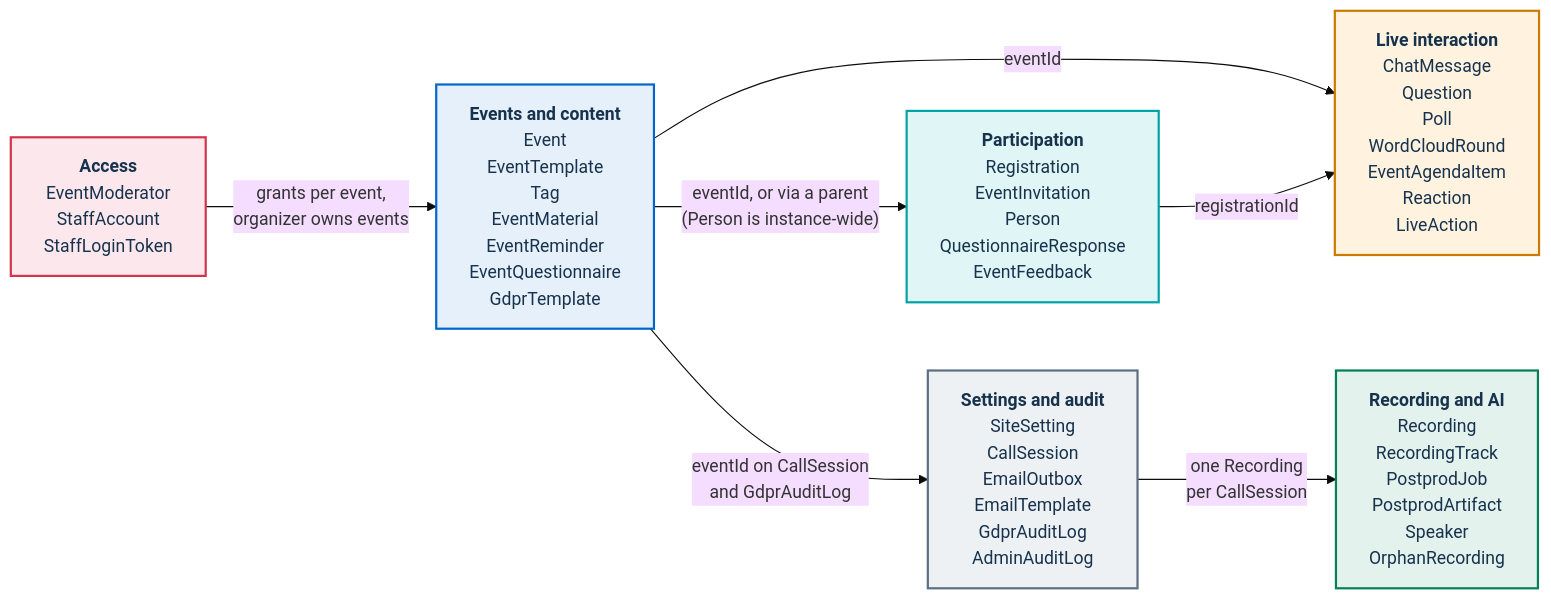
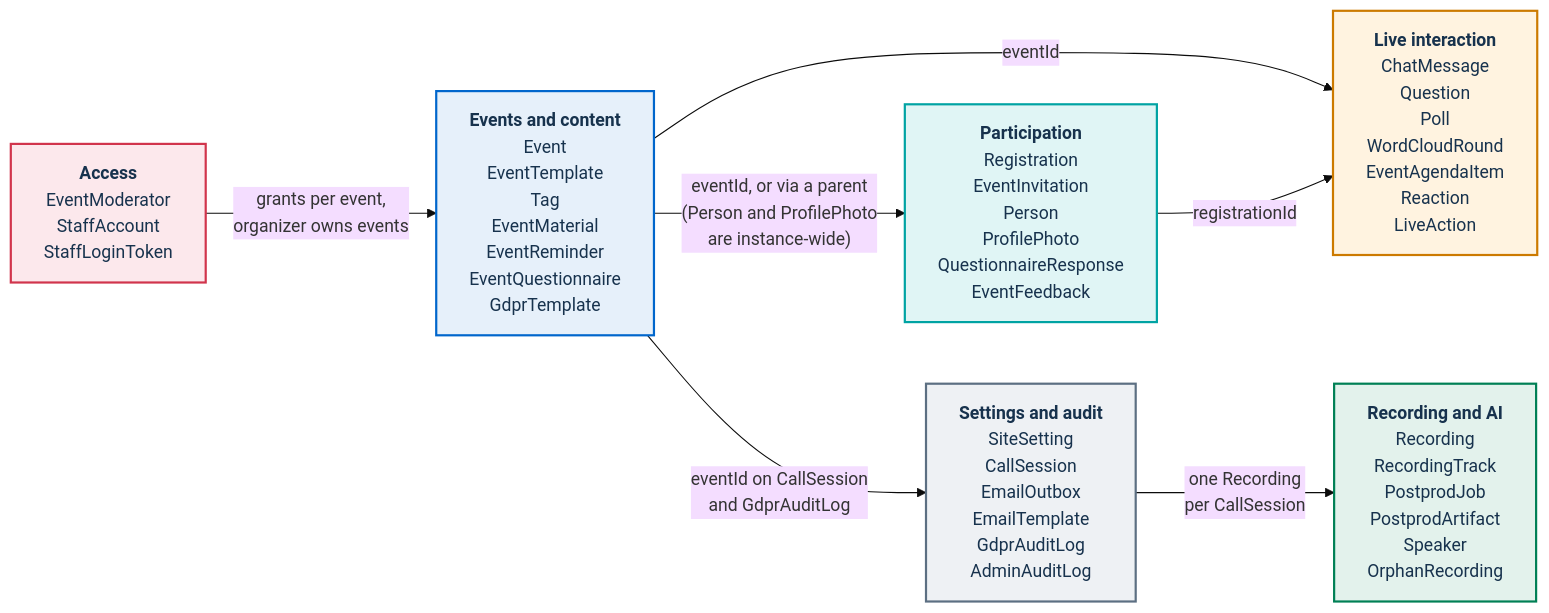
The first of 4 diagrams in docs/architecture/data-model.md (italia/pa-webinar), drawn with Mermaid (base theme) before and after one commit. The commit also changed other lines of this file and 23 other files, not shown here.

````diff
--- a/docs/architecture/data-model.md
+++ b/docs/architecture/data-model.md
@@ -125,23 +127,23 @@
 ```mermaid
 flowchart LR
   classDef events fill:#E6F0FA,stroke:#0066CC,stroke-width:2px,color:#17324D
   classDef participation fill:#E0F5F5,stroke:#00A3A3,stroke-width:2px,color:#17324D
   classDef live fill:#FFF3E0,stroke:#CC7A00,stroke-width:2px,color:#17324D
   classDef access fill:#FCE8EC,stroke:#D1344C,stroke-width:2px,color:#17324D
   classDef recording fill:#E3F2EC,stroke:#008055,stroke-width:2px,color:#17324D
   classDef settings fill:#EEF1F4,stroke:#5C6F82,stroke-width:2px,color:#17324D
 
   AC["<b>Access</b><br/>EventModerator<br/>StaffAccount<br/>StaffLoginToken"]:::access
   EV["<b>Events and content</b><br/>Event<br/>EventTemplate<br/>Tag<br/>EventMaterial<br/>EventReminder<br/>EventQuestionnaire<br/>GdprTemplate"]:::events
-  PA["<b>Participation</b><br/>Registration<br/>EventInvitation<br/>Person<br/>QuestionnaireResponse<br/>EventFeedback"]:::participation
+  PA["<b>Participation</b><br/>Registration<br/>EventInvitation<br/>Person<br/>ProfilePhoto<br/>QuestionnaireResponse<br/>EventFeedback"]:::participation
   LI["<b>Live interaction</b><br/>ChatMessage<br/>Question<br/>Poll<br/>WordCloudRound<br/>EventAgendaItem<br/>Reaction<br/>LiveAction"]:::live
   SA["<b>Settings and audit</b><br/>SiteSetting<br/>CallSession<br/>EmailOutbox<br/>EmailTemplate<br/>GdprAuditLog<br/>AdminAuditLog"]:::settings
   RA["<b>Recording and AI</b><br/>Recording<br/>RecordingTrack<br/>PostprodJob<br/>PostprodArtifact<br/>Speaker<br/>OrphanRecording"]:::recording
 
   AC -->|"grants per event,<br/>organizer owns events"| EV
-  EV -->|"eventId, or via a parent<br/>(Person is instance-wide)"| PA
+  EV -->|"eventId, or via a parent<br/>(Person and ProfilePhoto<br/>are instance-wide)"| PA
   EV -->|"eventId"| LI
   PA -->|"registrationId"| LI
   EV -->|"eventId on CallSession<br/>and GdprAuditLog"| SA
   SA -->|"one Recording<br/>per CallSession"| RA
 ```
````
